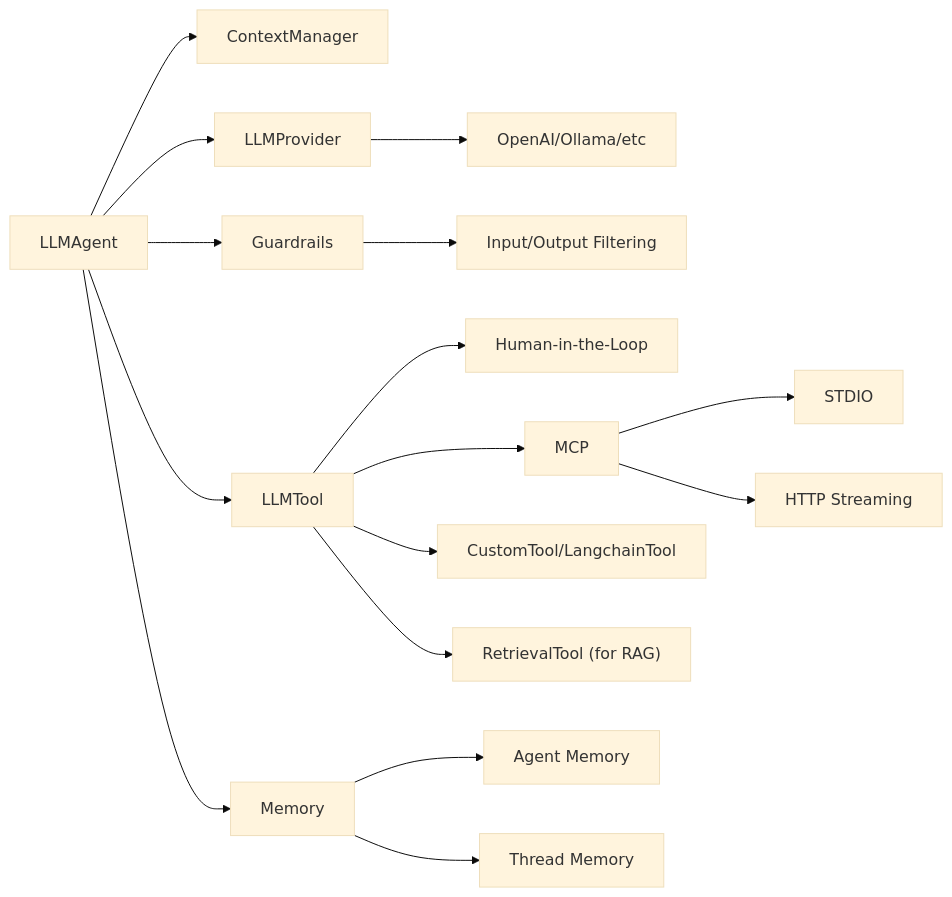
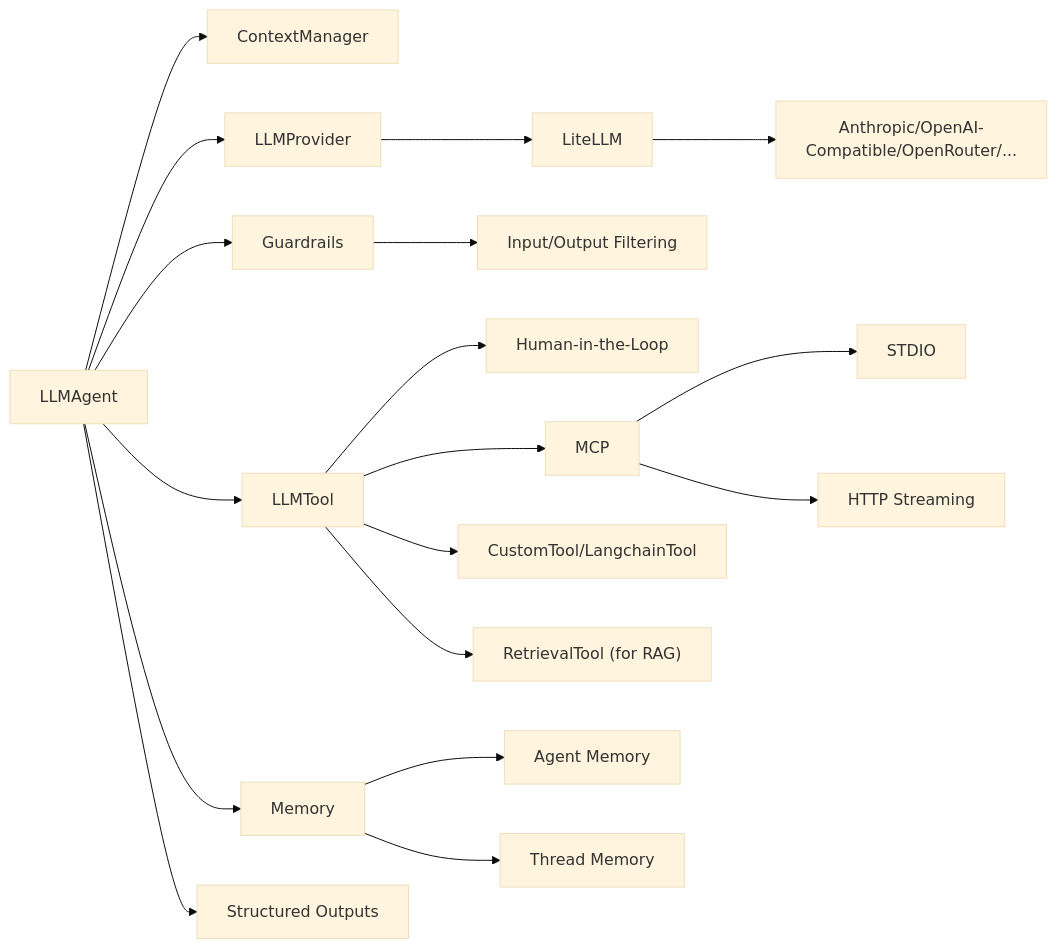
Before and after one commit to javipalanca/spade_llm: the diagram in docs/index.md, drawn with Mermaid (base theme). The commit also changed other lines of this file and 27 other files, not shown here.

````diff
--- a/docs/index.md
+++ b/docs/index.md
@@ -145,18 +123,20 @@
 ```mermaid
 graph LR
     A[LLMAgent] --> C[ContextManager]
     A --> D[LLMProvider]
     A --> E[LLMTool]
     A --> G[Guardrails]
     A --> M[Memory]
-    D --> F[OpenAI/Ollama/etc]
+    A --> S[Structured Outputs]
+    D --> F[LiteLLM]
+    F --> R[Anthropic/OpenAI-Compatible/OpenRouter/...]
     G --> H[Input/Output Filtering]
     E --> I[Human-in-the-Loop]
     E --> J[MCP]
     E --> P[CustomTool/LangchainTool]
     E --> Q["RetrievalTool (for RAG)"]
     J --> K[STDIO]
     J --> L[HTTP Streaming]
     M --> N[Agent Memory]
     M --> O[Thread Memory]
 ```
````
